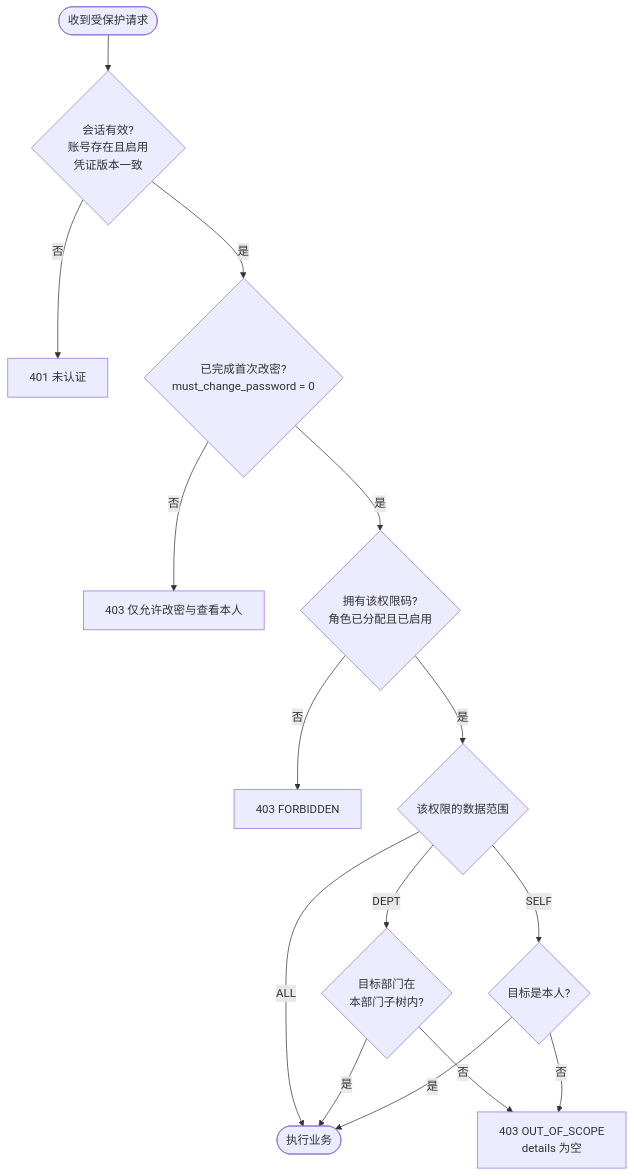
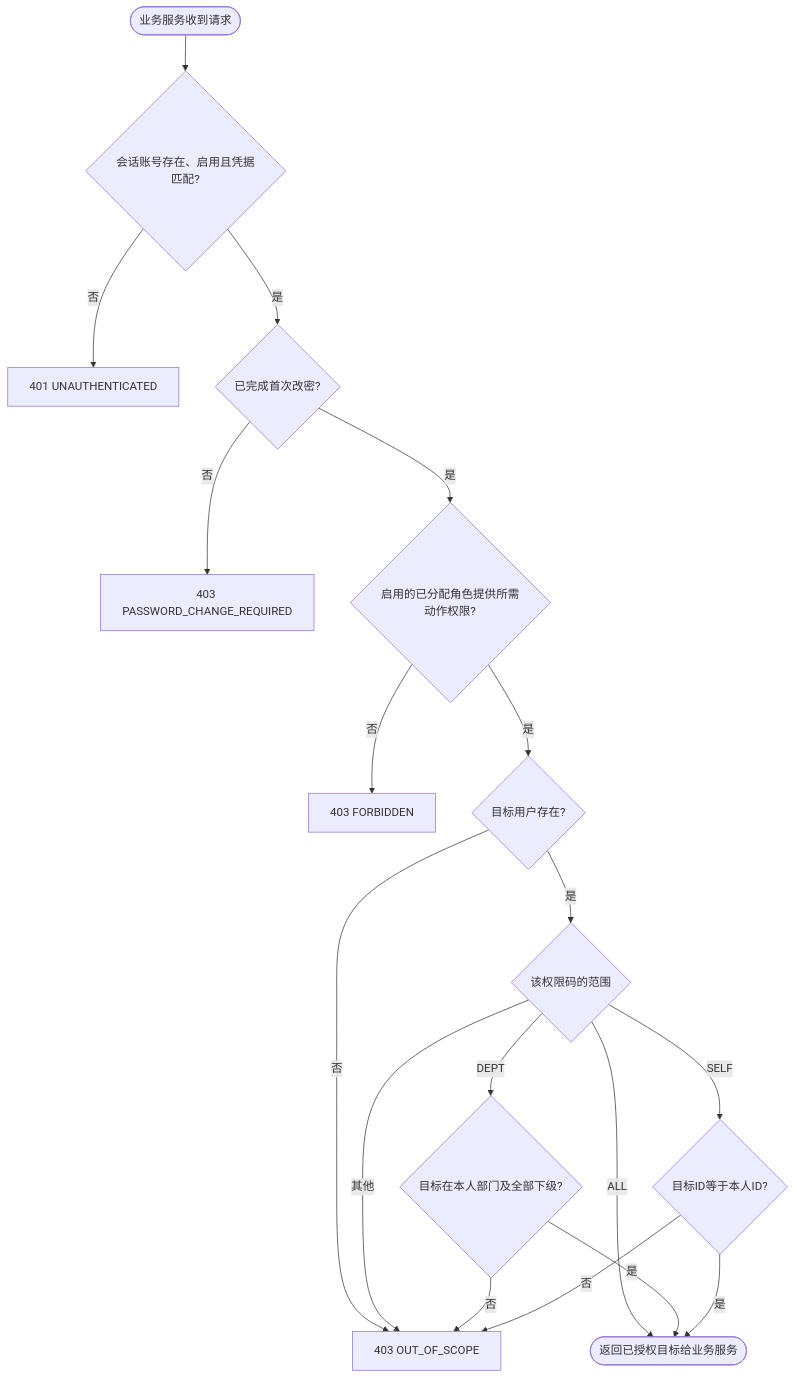
The first of 2 diagrams in docs/uml/activity-diagrams.md (wenjiu-leng66/OO-d), drawn with Mermaid before and after one commit. The commit also changed other lines of this file and 41 other files, not shown here.

````diff
--- a/docs/uml/activity-diagrams.md
+++ b/docs/uml/activity-diagrams.md
@@ -16,20 +7,20 @@
 ```mermaid
 flowchart TD
-  S([收到受保护请求]) --> A{"会话有效?<br/>账号存在且启用<br/>凭证版本一致"}
-  A -- 否 --> R401["401 未认证"]
-  A -- 是 --> B{"已完成首次改密?<br/>must_change_password = 0"}
-  B -- 否 --> R403a["403 仅允许改密与查看本人"]
-  B -- 是 --> C{"拥有该权限码?<br/>角色已分配且已启用"}
-
-  C -- 否 --> R403b["403 FORBIDDEN"]
-  C -- 是 --> D{"该权限的数据范围"}
-
-  D -- ALL --> OK([执行业务])
-  D -- DEPT --> E{"目标部门在<br/>本部门子树内?"}
-  D -- SELF --> F{"目标是本人?"}
-
-  E -- 否 --> R403c["403 OUT_OF_SCOPE<br/>details 为空"]
+  S([业务服务收到请求]) --> A{会话账号存在、启用且凭据匹配?}
+  A -- 否 --> E401[401 UNAUTHENTICATED]
+  A -- 是 --> B{已完成首次改密?}
+  B -- 否 --> E403a[403 PASSWORD_CHANGE_REQUIRED]
+  B -- 是 --> C{启用的已分配角色提供所需动作权限?}
+  C -- 否 --> E403b[403 FORBIDDEN]
+  C -- 是 --> T{目标用户存在?}
+  T -- 否 --> OUT[403 OUT_OF_SCOPE]
+  T -- 是 --> D{该权限码的范围}
+  D -- ALL --> OK([返回已授权目标给业务服务])
+  D -- DEPT --> E{目标在本人部门及全部下级?}
+  D -- SELF --> F{目标ID等于本人ID?}
+  D -- 其他 --> OUT
+  E -- 否 --> OUT
   E -- 是 --> OK
-  F -- 否 --> R403c
+  F -- 否 --> OUT
   F -- 是 --> OK
 ```
````
